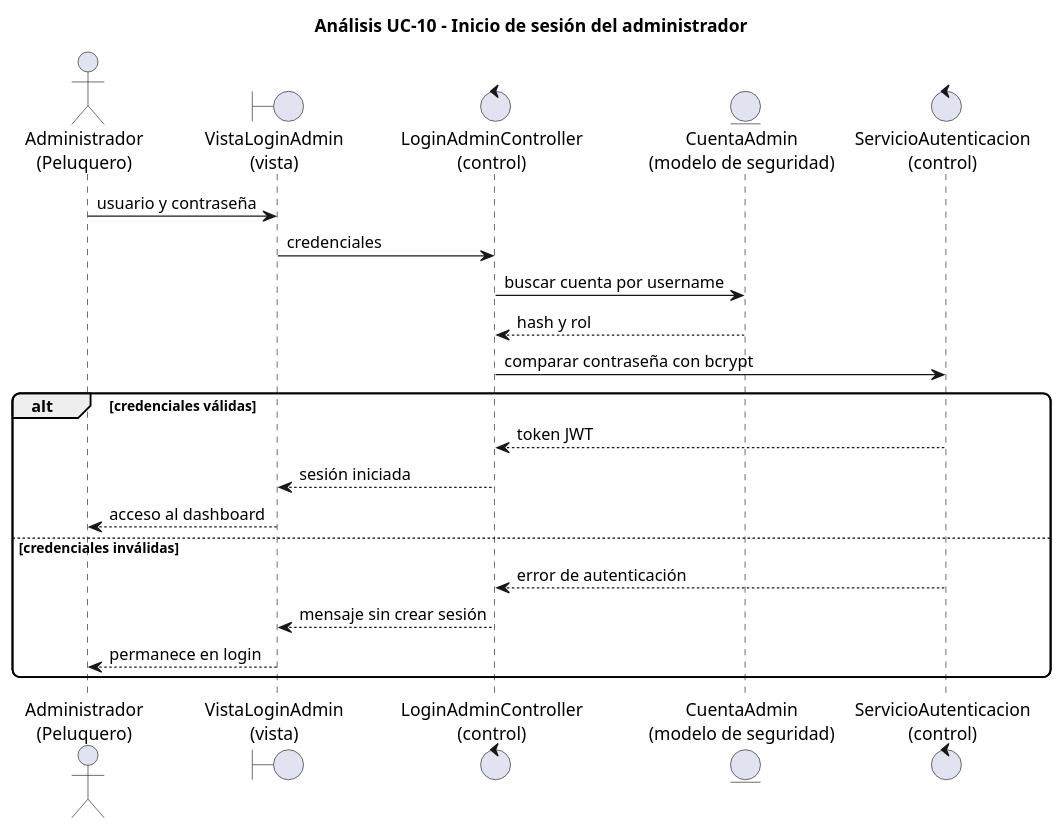
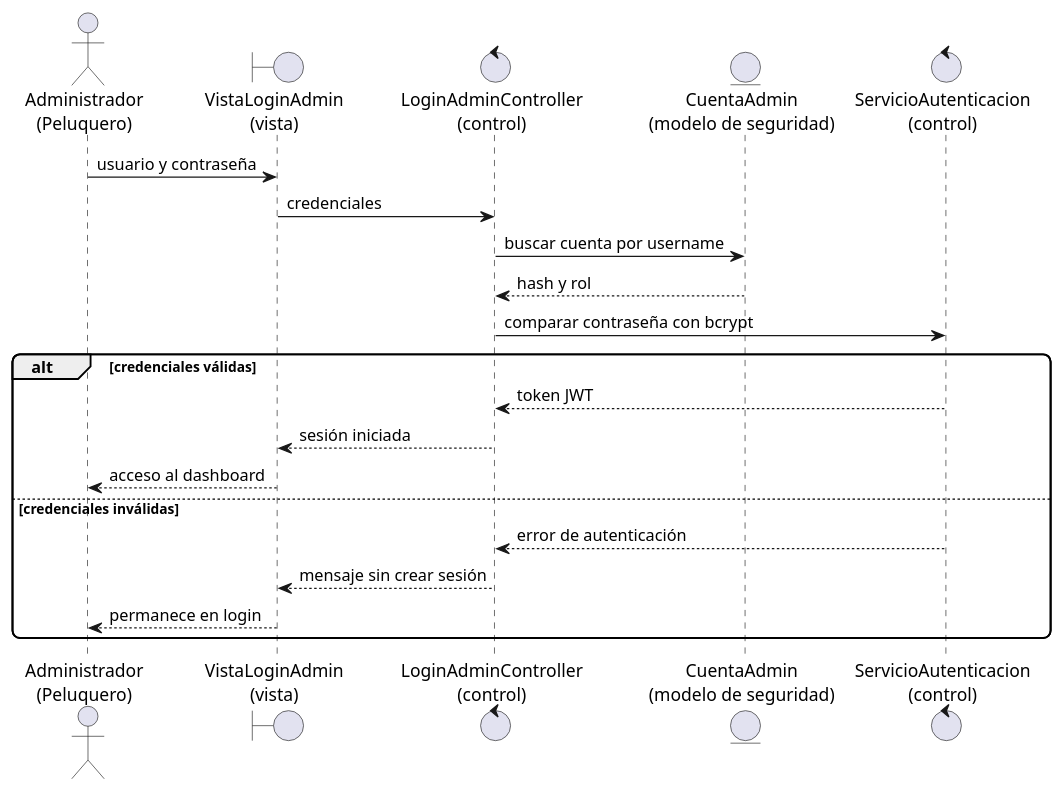
One commit to aadrigaar/TFG_CortePerfecto changed the diagram in diagramas/capitulo3/analisis/05_uc10_login_admin.puml. Above: the diagram before and after it, drawn with PlantUML. The commit also changed 48 other files, not shown here.

```diff
--- a/diagramas/capitulo3/analisis/05_uc10_login_admin.puml
+++ b/diagramas/capitulo3/analisis/05_uc10_login_admin.puml
@@ -1,26 +1,25 @@
 @startuml
-title Análisis UC-10 - Inicio de sesión del administrador
 scale max 1500 width
 skinparam shadowing false
 skinparam roundcorner 12
 actor "Administrador\n(Peluquero)" as Admin
 boundary "VistaLoginAdmin\n(vista)" as View
 control "LoginAdminController\n(control)" as Ctrl
 entity "CuentaAdmin\n(modelo de seguridad)" as Account
 control "ServicioAutenticacion\n(control)" as Auth
 
 Admin -> View : usuario y contraseña
 View -> Ctrl : credenciales
 Ctrl -> Account : buscar cuenta por username
 Account --> Ctrl : hash y rol
 Ctrl -> Auth : comparar contraseña con bcrypt
 alt credenciales válidas
   Auth --> Ctrl : token JWT
   Ctrl --> View : sesión iniciada
   View --> Admin : acceso al dashboard
 else credenciales inválidas
   Auth --> Ctrl : error de autenticación
   Ctrl --> View : mensaje sin crear sesión
   View --> Admin : permanece en login
 end
 @enduml
```
